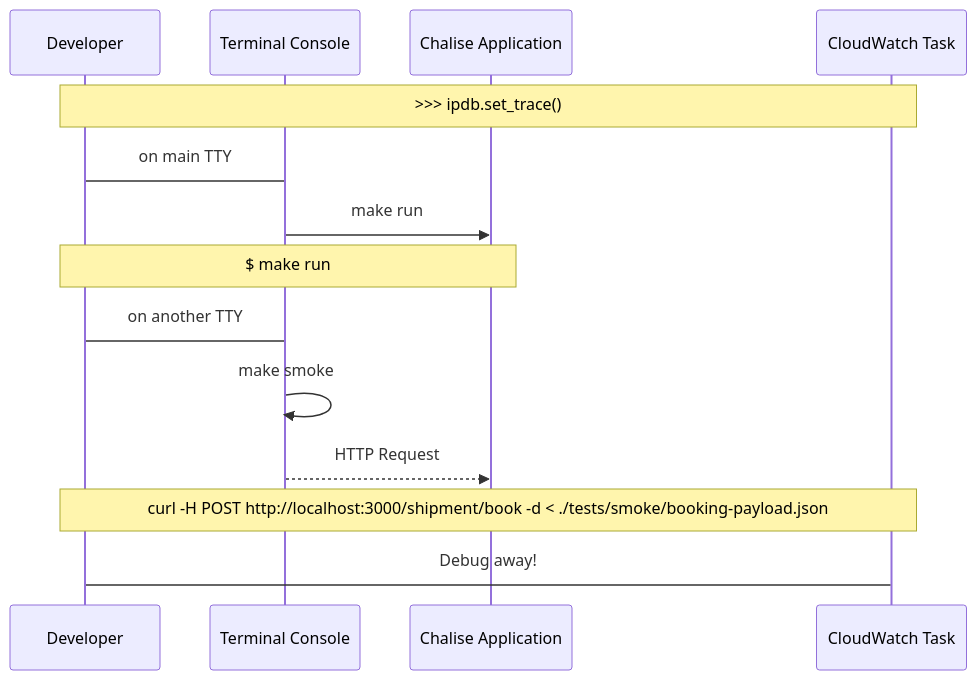
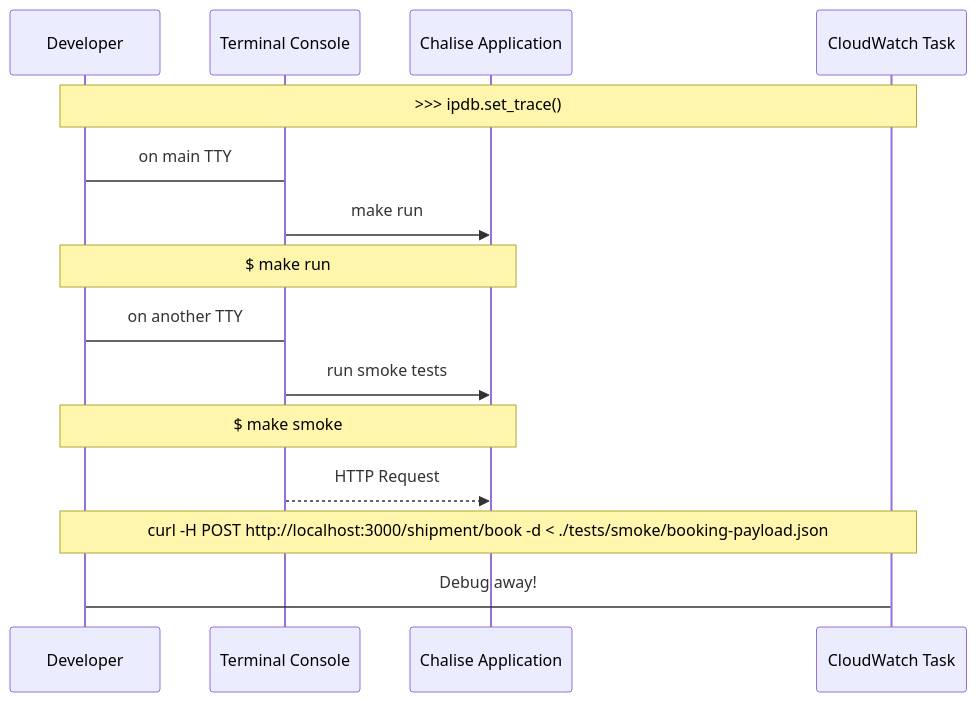
The diagram in docs/diagrams/diagram-local-debugging.mmd (gabrielfalcao/macumba-pass), drawn with Mermaid before and after one commit. The commit also changed 1 other file, not shown here.

Commit message:
updating diagram

```diff
--- a/docs/diagrams/diagram-local-debugging.mmd
+++ b/docs/diagrams/diagram-local-debugging.mmd
@@ -1,16 +1,17 @@
 sequenceDiagram
     participant DEV as Developer
     participant TERM as Terminal Console
     participant WEB as Chalise Application
     participant TASK as CloudWatch Task
 
     Note over DEV,TASK: >>> ipdb.set_trace()
     DEV->TERM: on main TTY
     TERM->>WEB: make run
     Note over DEV,WEB: $ make run
 
     DEV->TERM: on another TTY
-    TERM->>TERM: make smoke
+    TERM->>WEB: run smoke tests
+    Note over DEV,WEB: $ make smoke
     TERM-->>WEB: HTTP Request
     Note over DEV,TASK: curl -H POST http://localhost:3000/shipment/book -d < ./tests/smoke/booking-payload.json
     DEV->TASK: Debug away!
```
